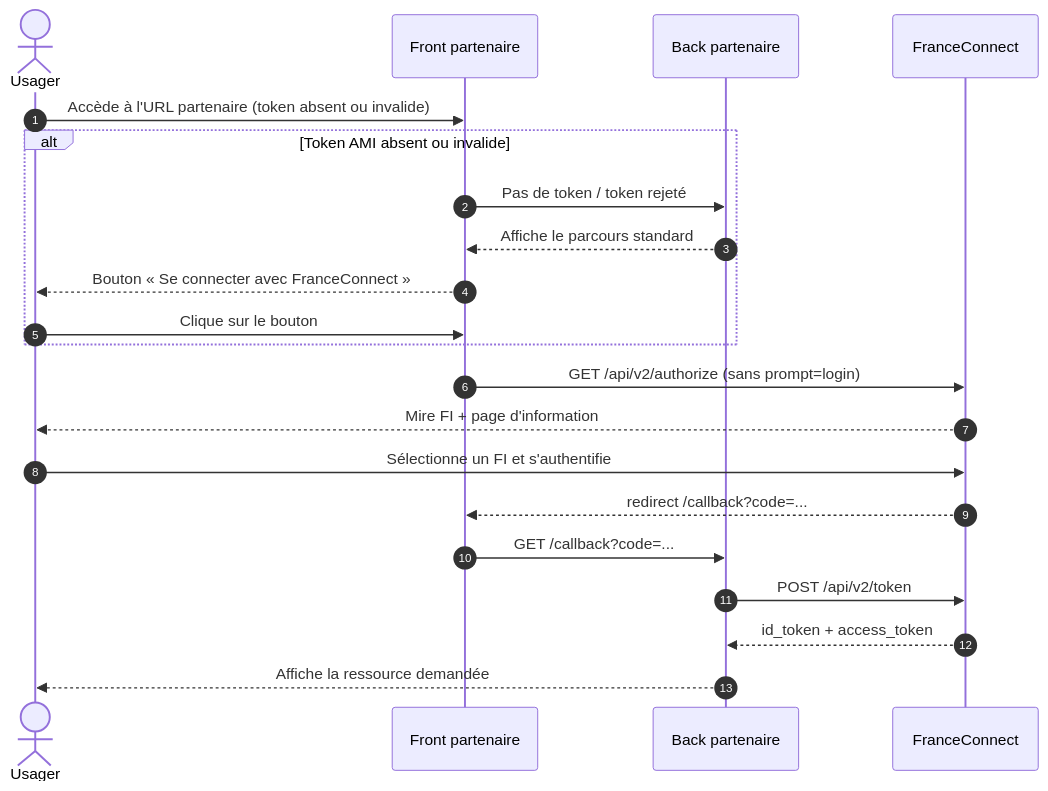
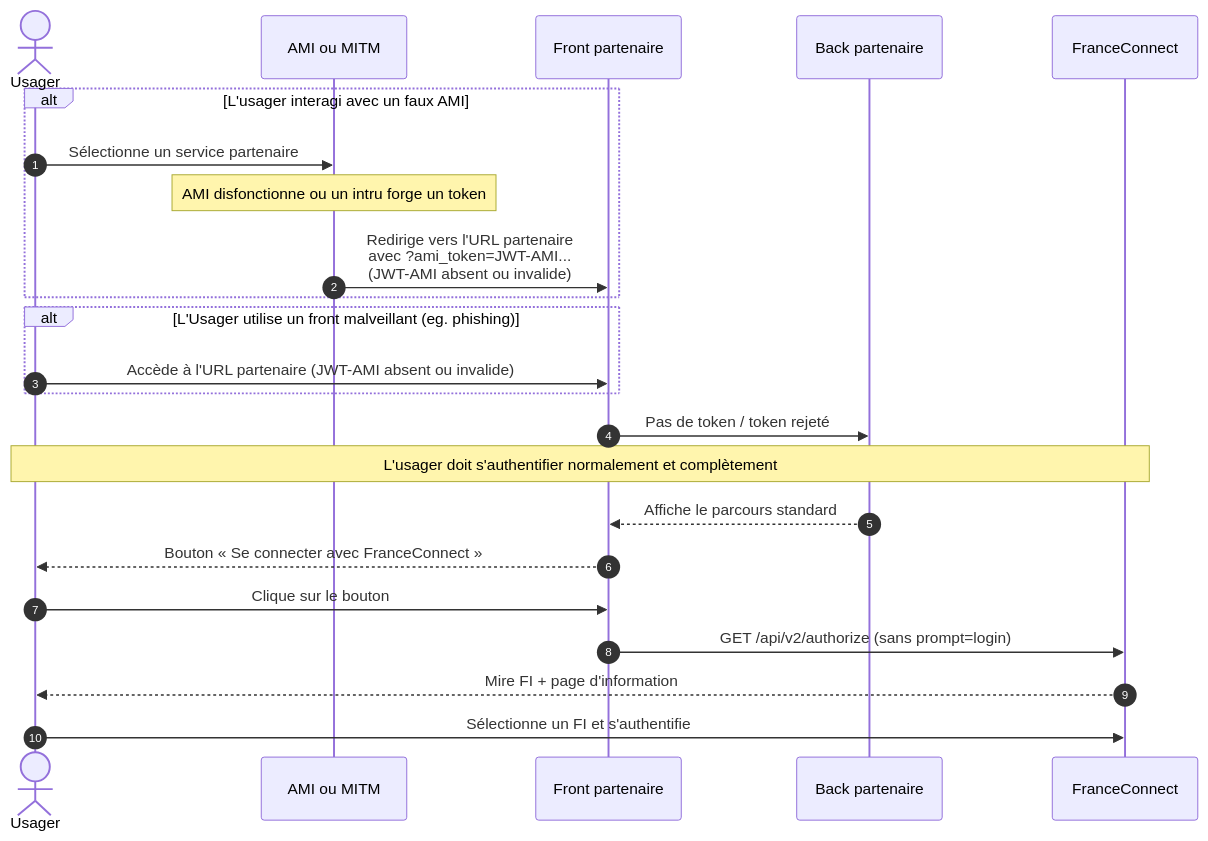
Before and after one commit to numerique-gouv/ami-system-tests: the second of 2 diagrams in site/content/fr/intégrations_partenaires/france-connexion-direct.md, drawn with Mermaid. The commit also changed other lines of this file, not shown here.

````diff
--- a/site/content/fr/intégrations_partenaires/france-connexion-direct.md
+++ b/site/content/fr/intégrations_partenaires/france-connexion-direct.md
@@ -134,26 +141,29 @@
 ```mermaid
 sequenceDiagram
-    autonumber
-    actor U as Usager
-    participant PFront as Front partenaire
-    participant PBack as Back partenaire
-    participant FC as FranceConnect
+	autonumber
+	actor U as Usager
+	participant AMI as AMI ou MITM
+	participant PFront as Front partenaire
+	participant PBack as Back partenaire
+	participant FC as FranceConnect
 
-    U->>PFront: Accède à l'URL partenaire (token absent ou invalide)
+	alt L'usager interagi avec un faux AMI
+		U->>AMI: Sélectionne un service partenaire
+		Note over AMI: AMI disfonctionne ou un intru forge un token
+		AMI->>PFront: Redirige vers l'URL partenaire<br/> avec ?ami_token=JWT-AMI...<br/>(JWT-AMI absent ou invalide)
+	end
 
-    alt Token AMI absent ou invalide
-        PFront->>PBack: Pas de token / token rejeté
-        PBack-->>PFront: Affiche le parcours standard
-        PFront-->>U: Bouton « Se connecter avec FranceConnect »
-        U->>PFront: Clique sur le bouton
-    end
+	alt L'Usager utilise un front malveillant (eg. phishing)
+		U->>PFront: Accède à l'URL partenaire (JWT-AMI absent ou invalide)
+	end
 
-    PFront->>FC: GET /api/v2/authorize (sans prompt=login)
+	PFront->>PBack: Pas de token / token rejeté
+	Note over U,FC: L'usager doit s'authentifier normalement et complètement
+	PBack-->>PFront: Affiche le parcours standard
+	PFront-->>U: Bouton « Se connecter avec FranceConnect »
+	U->>PFront: Clique sur le bouton
+
+	PFront->>FC: GET /api/v2/authorize (sans prompt=login)
     FC-->>U: Mire FI + page d'information
     U->>FC: Sélectionne un FI et s'authentifie
-    FC-->>PFront: redirect /callback?code=...
-    PFront->>PBack: GET /callback?code=...
-    PBack->>FC: POST /api/v2/token
-    FC-->>PBack: id_token + access_token
-    PBack-->>U: Affiche la ressource demandée
 ```
````
